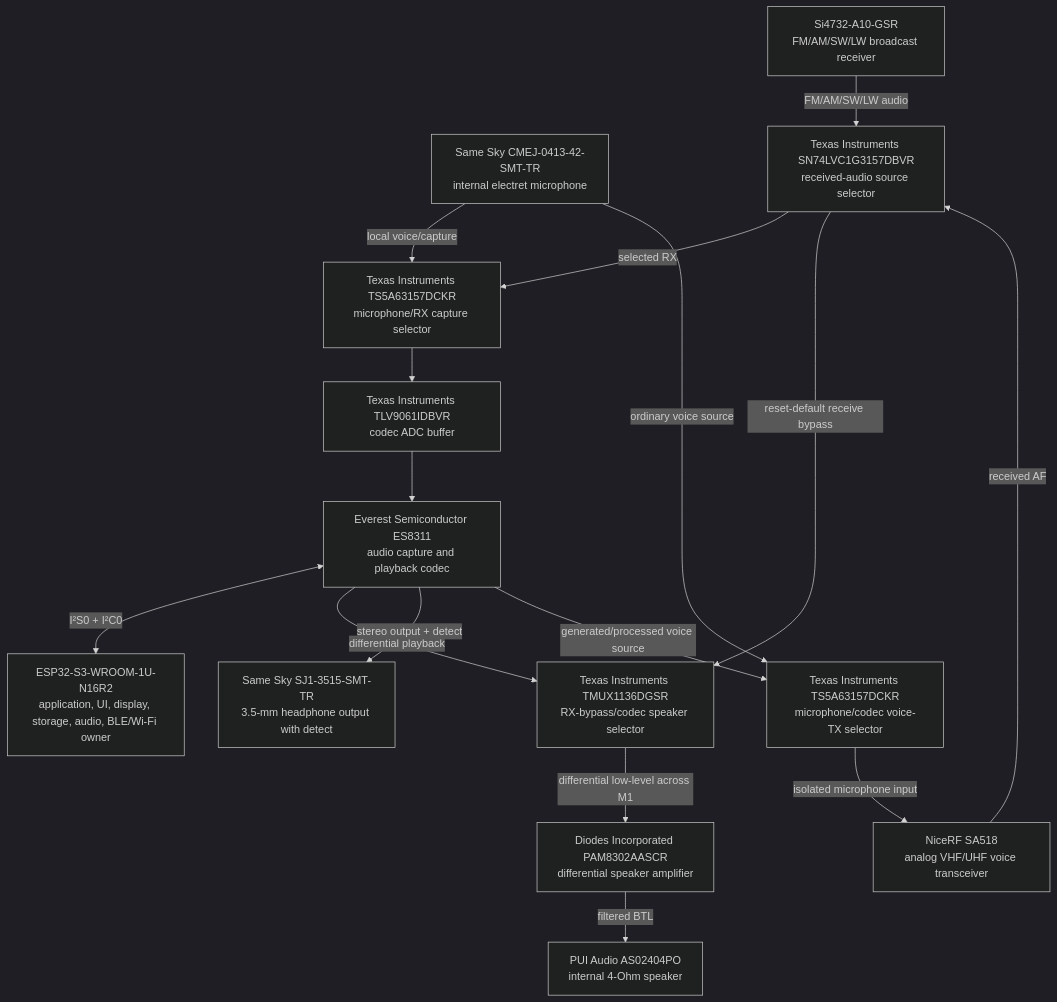
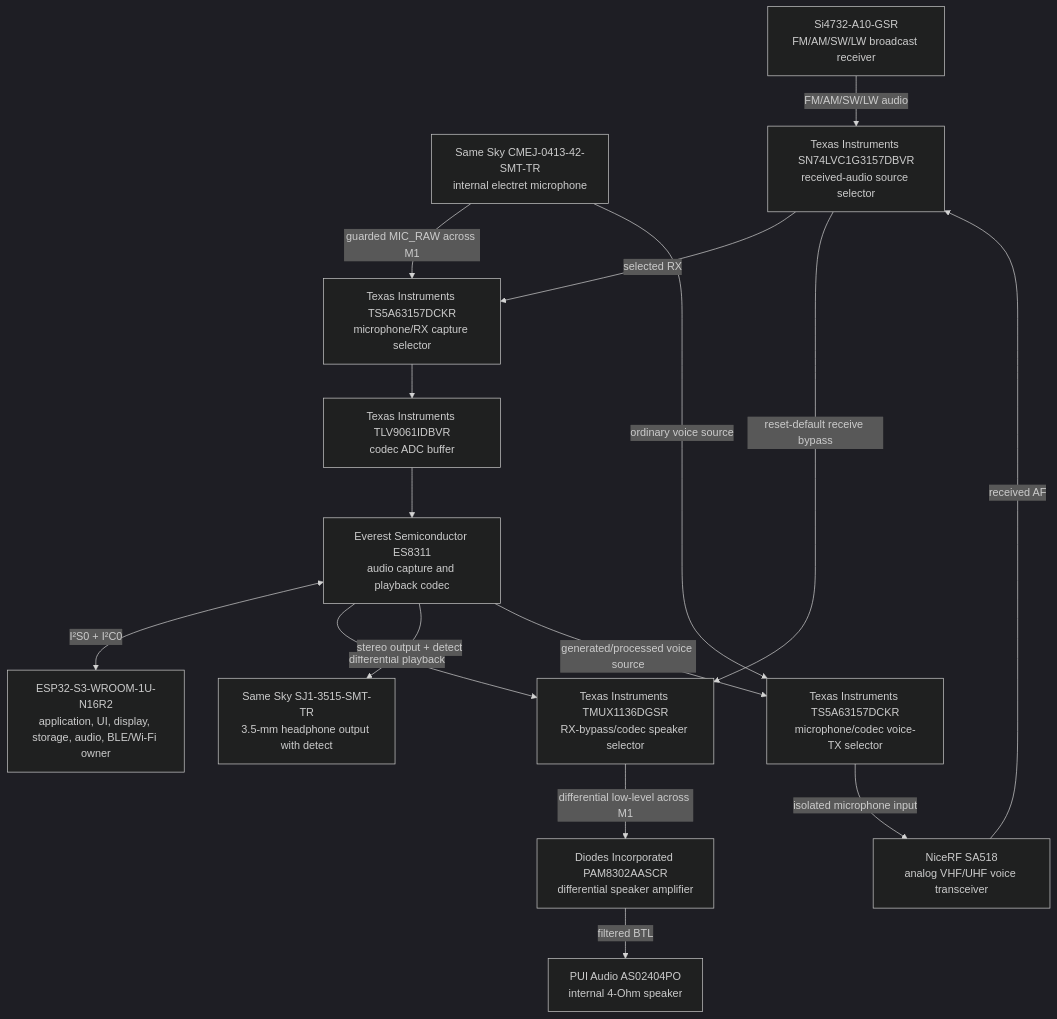
Before and after one commit to anton-vinogradov/esp32-leshy2: the sixth of 10 diagrams in README.md, drawn with Mermaid (dark theme). The commit also changed other lines of this file and 15 other files, not shown here.

````diff
--- a/README.md
+++ b/README.md
@@ -173,30 +173,30 @@
 ```mermaid
 flowchart TD
 S3["ESP32-S3-WROOM-1U-N16R2<br/>application, UI, display, storage, audio, BLE/Wi-Fi owner"]
 RECEIVER["Si4732-A10-GSR<br/>FM/AM/SW/LW broadcast receiver"]
 VOICE["NiceRF SA518<br/>analog VHF/UHF voice transceiver"]
 MICROPHONE["Same Sky CMEJ-0413-42-SMT-TR<br/>internal electret microphone"]
 AUDIO_RX_MUX["Texas Instruments SN74LVC1G3157DBVR<br/>received-audio source selector"]
 AUDIO_CAPTURE_SELECTOR["Texas Instruments TS5A63157DCKR<br/>microphone/RX capture selector"]
 AUDIO_CAPTURE_BUFFER["Texas Instruments TLV9061IDBVR<br/>codec ADC buffer"]
 CODEC["Everest Semiconductor ES8311<br/>audio capture and playback codec"]
 AUDIO_SPEAKER_SELECTOR["Texas Instruments TMUX1136DGSR<br/>RX-bypass/codec speaker selector"]
 AUDIO_TX_SELECTOR["Texas Instruments TS5A63157DCKR<br/>microphone/codec voice-TX selector"]
 SPEAKER_AMP["Diodes Incorporated PAM8302AASCR<br/>differential speaker amplifier"]
 SPEAKER["PUI Audio AS02404PO<br/>internal 4-Ohm speaker"]
 HEADPHONE_JACK["Same Sky SJ1-3515-SMT-TR<br/>3.5-mm headphone output with detect"]
   RECEIVER -->|"FM/AM/SW/LW audio"| AUDIO_RX_MUX
   VOICE -->|"received AF"| AUDIO_RX_MUX
   AUDIO_RX_MUX -->|"selected RX"| AUDIO_CAPTURE_SELECTOR
-  MICROPHONE -->|"local voice/capture"| AUDIO_CAPTURE_SELECTOR
+  MICROPHONE -->|"guarded MIC_RAW across M1"| AUDIO_CAPTURE_SELECTOR
   AUDIO_CAPTURE_SELECTOR --> AUDIO_CAPTURE_BUFFER --> CODEC
   CODEC <-->|"I²S0 + I²C0"| S3
   AUDIO_RX_MUX -->|"reset-default receive bypass"| AUDIO_SPEAKER_SELECTOR
   CODEC -->|"differential playback"| AUDIO_SPEAKER_SELECTOR
   AUDIO_SPEAKER_SELECTOR -->|"differential low-level across M1"| SPEAKER_AMP
   SPEAKER_AMP -->|"filtered BTL"| SPEAKER
   CODEC -->|"stereo output + detect"| HEADPHONE_JACK
   MICROPHONE -->|"ordinary voice source"| AUDIO_TX_SELECTOR
   CODEC -->|"generated/processed voice source"| AUDIO_TX_SELECTOR
   AUDIO_TX_SELECTOR -->|"isolated microphone input"| VOICE
 ```
````
